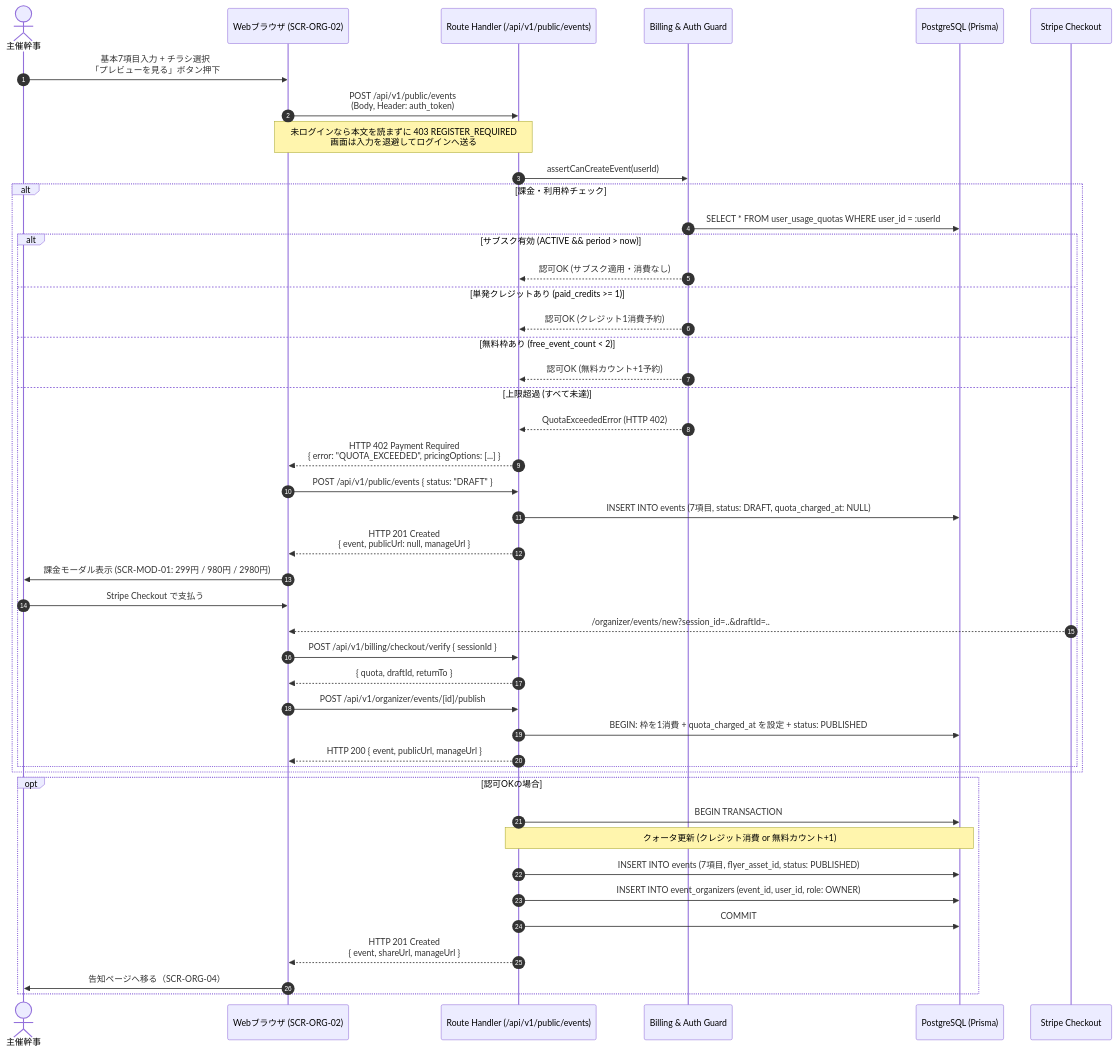
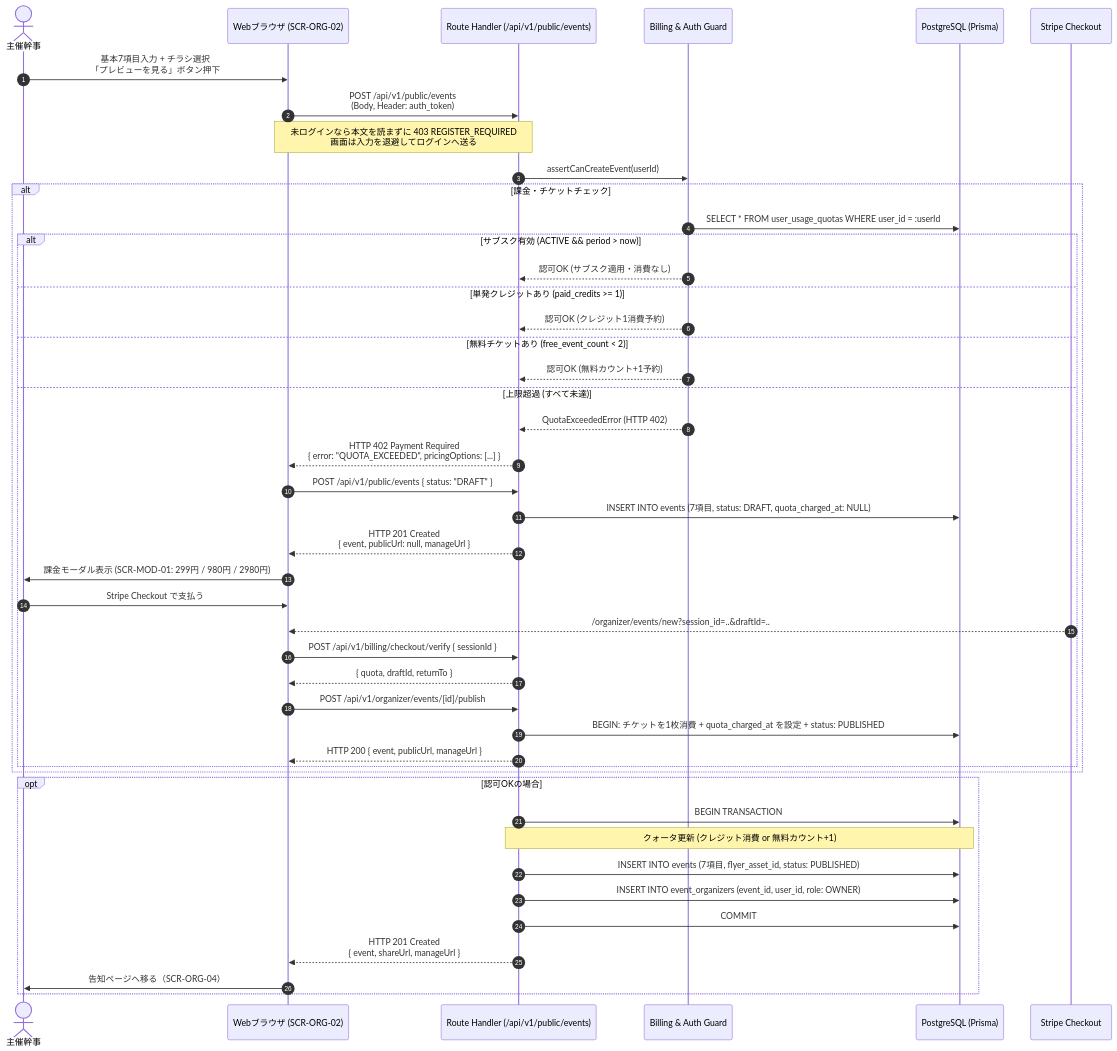
Before and after one commit to HirofumiSato/EventKreater: the second of 9 diagrams in docs/backend_api_implementation_spec.md, drawn with Mermaid. The commit also changed other lines of this file and 105 other files, not shown here.

````diff
--- a/docs/backend_api_implementation_spec.md
+++ b/docs/backend_api_implementation_spec.md
@@ -140,47 +140,47 @@
 ```mermaid
 sequenceDiagram
     autonumber
     actor Organizer as 主催幹事
     participant Client as Webブラウザ (SCR-ORG-02)
     participant Route as Route Handler (/api/v1/public/events)
     participant Guard as Billing & Auth Guard
     participant DB as PostgreSQL (Prisma)
     participant Stripe as Stripe Checkout
     Organizer->>Client: 基本7項目入力 + チラシ選択<br/>「プレビューを見る」ボタン押下
     Client->>Route: POST /api/v1/public/events<br/>(Body, Header: auth_token)
     Note over Route,Client: 未ログインなら本文を読まずに 403 REGISTER_REQUIRED<br/>画面は入力を退避してログインへ送る
     Route->>Guard: assertCanCreateEvent(userId)
-    alt 課金・利用枠チェック
+    alt 課金・チケットチェック
         Guard->>DB: SELECT * FROM user_usage_quotas WHERE user_id = :userId
         alt サブスク有効 (ACTIVE && period > now)
             Guard-->>Route: 認可OK (サブスク適用・消費なし)
         else 単発クレジットあり (paid_credits >= 1)
             Guard-->>Route: 認可OK (クレジット1消費予約)
-        else 無料枠あり (free_event_count < 2)
+        else 無料チケットあり (free_event_count < 2)
             Guard-->>Route: 認可OK (無料カウント+1予約)
         else 上限超過 (すべて未達)
             Guard-->>Route: QuotaExceededError (HTTP 402)
             Route-->>Client: HTTP 402 Payment Required<br/>{ error: "QUOTA_EXCEEDED", pricingOptions: [...] }
             Client->>Route: POST /api/v1/public/events { status: "DRAFT" }
             Route->>DB: INSERT INTO events (7項目, status: DRAFT, quota_charged_at: NULL)
             Route-->>Client: HTTP 201 Created<br/>{ event, publicUrl: null, manageUrl }
             Client->>Organizer: 課金モーダル表示 (SCR-MOD-01: 299円 / 980円 / 2980円)
             Organizer->>Client: Stripe Checkout で支払う
             Stripe-->>Client: /organizer/events/new?session_id=..&draftId=..
             Client->>Route: POST /api/v1/billing/checkout/verify { sessionId }
             Route-->>Client: { quota, draftId, returnTo }
             Client->>Route: POST /api/v1/organizer/events/[id]/publish
-            Route->>DB: BEGIN: 枠を1消費 + quota_charged_at を設定 + status: PUBLISHED
+            Route->>DB: BEGIN: チケットを1枚消費 + quota_charged_at を設定 + status: PUBLISHED
             Route-->>Client: HTTP 200 { event, publicUrl, manageUrl }
         end
     end
     opt 認可OKの場合
         Route->>DB: BEGIN TRANSACTION
         Note over Route,DB: クォータ更新 (クレジット消費 or 無料カウント+1)
         Route->>DB: INSERT INTO events (7項目, flyer_asset_id, status: PUBLISHED)
         Route->>DB: INSERT INTO event_organizers (event_id, user_id, role: OWNER)
         Route->>DB: COMMIT
         Route-->>Client: HTTP 201 Created<br/>{ event, shareUrl, manageUrl }
         Client->>Organizer: 告知ページへ移る（SCR-ORG-04）
     end
 ```
````
